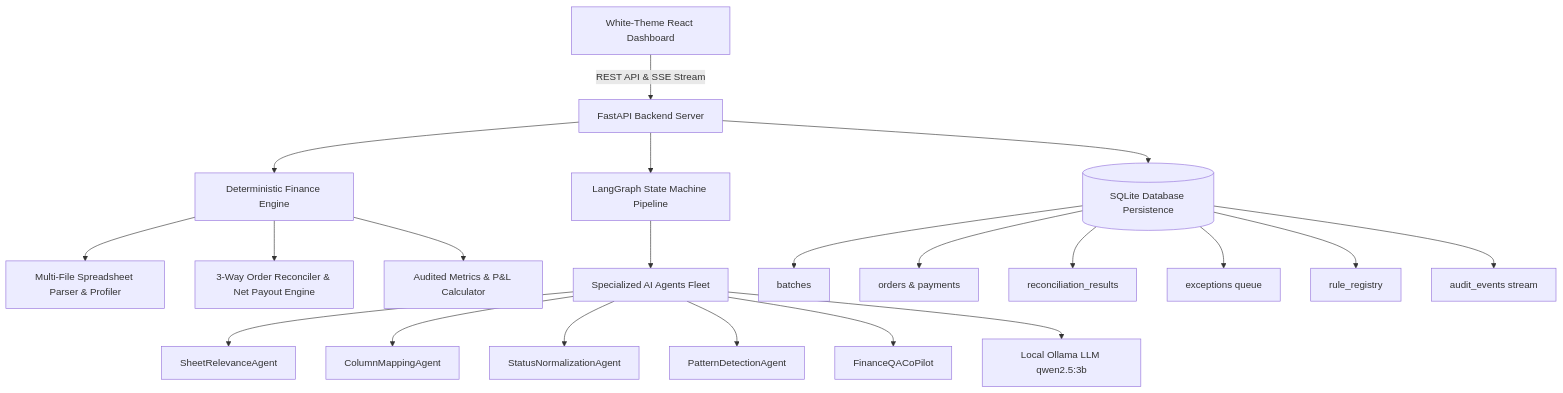
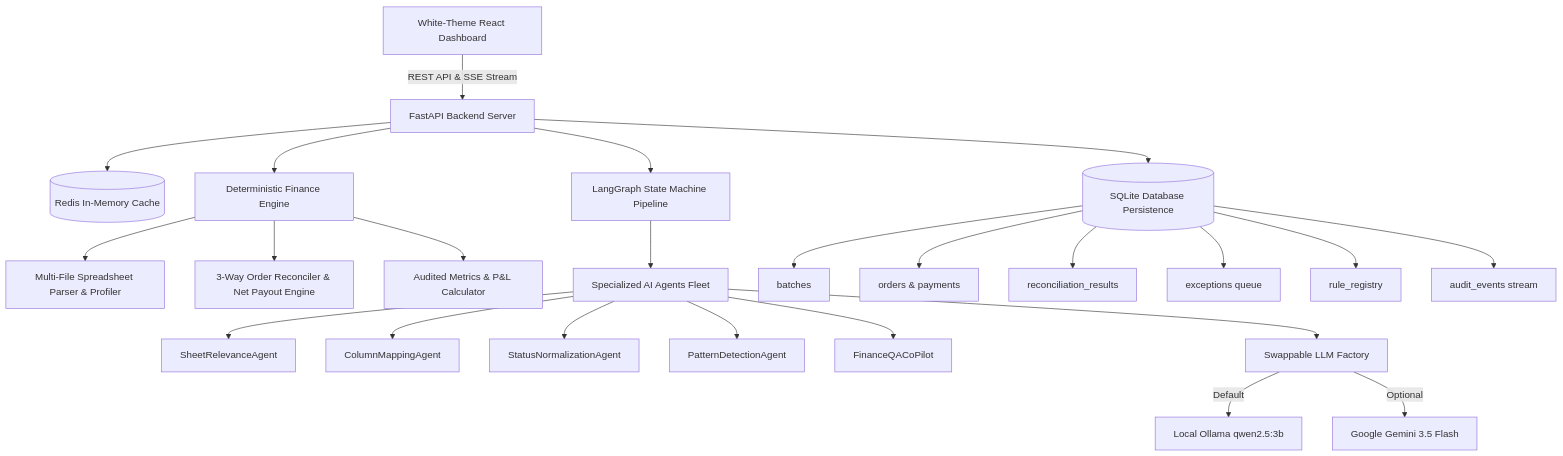
Before and after one commit to hateem72/reconup-v1: the first of 2 diagrams in README.md, drawn with Mermaid. The commit also changed other lines of this file, not shown here.

Commit message:
docs: update README.md with swappable LLM rationale, Docker Compose instructions, and architecture PDF link

````diff
--- a/README.md
+++ b/README.md
@@ -61,27 +105,30 @@
 ```mermaid
 graph TD
     UI[White-Theme React Dashboard] -->|REST API & SSE Stream| FastAPI[FastAPI Backend Server]
+    FastAPI --> Redis[(Redis In-Memory Cache)]
     FastAPI --> Engine[Deterministic Finance Engine]
     FastAPI --> LangGraph[LangGraph State Machine Pipeline]
     
     Engine --> Parser[Multi-File Spreadsheet Parser & Profiler]
     Engine --> Reconciler[3-Way Order Reconciler & Net Payout Engine]
     Engine --> Metrics[Audited Metrics & P&L Calculator]
     
     LangGraph --> SpecializedAgents[Specialized AI Agents Fleet]
     SpecializedAgents --> SheetAgent[SheetRelevanceAgent]
     SpecializedAgents --> MappingAgent[ColumnMappingAgent]
     SpecializedAgents --> NormalizerAgent[StatusNormalizationAgent]
     SpecializedAgents --> PatternAgent[PatternDetectionAgent]
     SpecializedAgents --> QAAgent[FinanceQACoPilot]
     
-    SpecializedAgents --> Ollama[Local Ollama LLM qwen2.5:3b]
+    SpecializedAgents --> LLMFactory[Swappable LLM Factory]
+    LLMFactory -->|Default| Ollama[Local Ollama qwen2.5:3b]
+    LLMFactory -->|Optional| Gemini[Google Gemini 3.5 Flash]
     
     FastAPI --> DB[(SQLite Database Persistence)]
     DB --> Batches[batches]
     DB --> Orders[orders & payments]
     DB --> RecResults[reconciliation_results]
     DB --> Exceptions[exceptions queue]
     DB --> RuleRegistry[rule_registry]
     DB --> AuditStream[audit_events stream]
 ```
````
